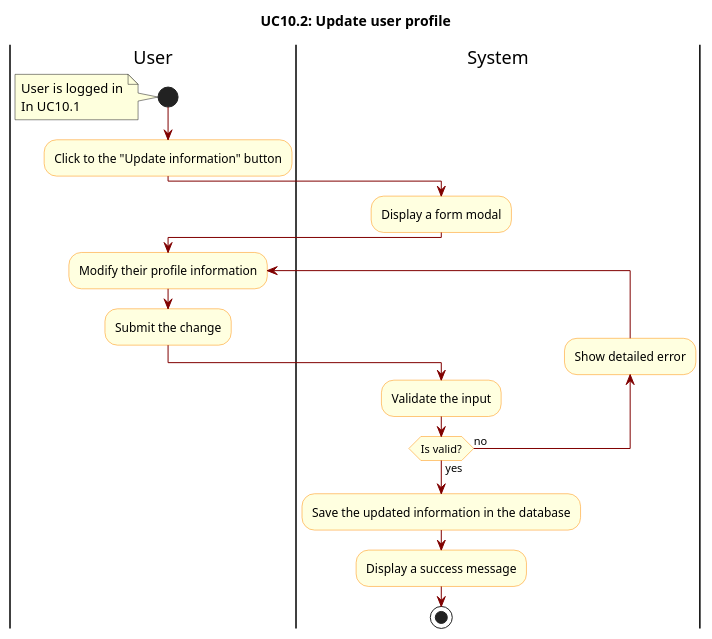
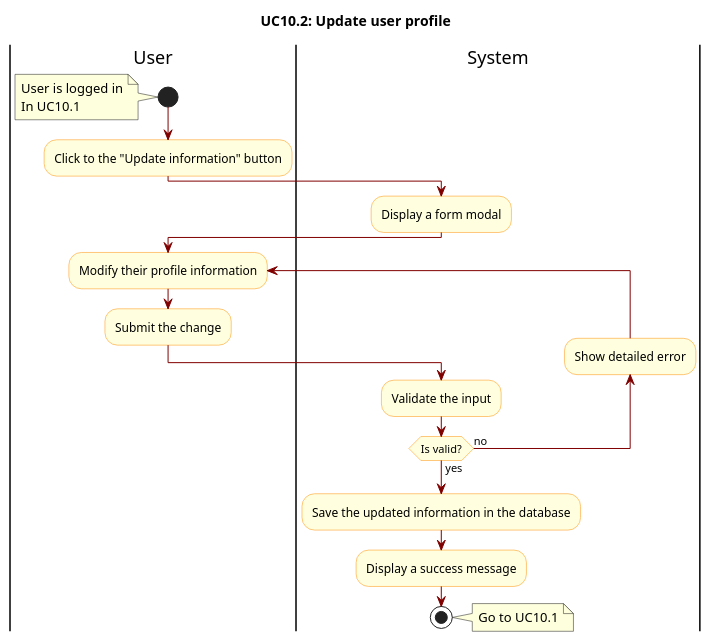
One commit to hiusnguyen201/BE_ClothingShop changed the diagram in docs/activity diagram/UC10.2-UpdateUserProfile.wsd. Above: the diagram before and after it, drawn with PlantUML. The commit also changed 83 other files, not shown here.

Commit message:
:zap: update activity diagram (docs)

```diff
--- a/docs/activity diagram/UC10.2-UpdateUserProfile.wsd
+++ b/docs/activity diagram/UC10.2-UpdateUserProfile.wsd
@@ -1,37 +1,40 @@
 @startuml
 
 skinparam ActivityBackgroundColor LightYellow
 skinparam ActivityBorderColor DarkOrange
 skinparam ArrowColor Maroon
 
 title UC10.2: Update user profile
 
 |User|
 start
 note left
     User is logged in
     In UC10.1
 end note
 
 |User|
 :Click to the "Update information" button;
 
 |System|
 :Display a form modal;
 
 |User|
 
 repeat :Modify their profile information;
 :Submit the change;
 
 |System|
 :Validate the input;
 backward :Show detailed error;
 repeat while(Is valid?) is(no) not(yes)
 
 :Save the updated information in the database;
 :Display a success message;
 
 stop
+note right
+    Go to UC10.1
+end note
 
 @enduml
```
